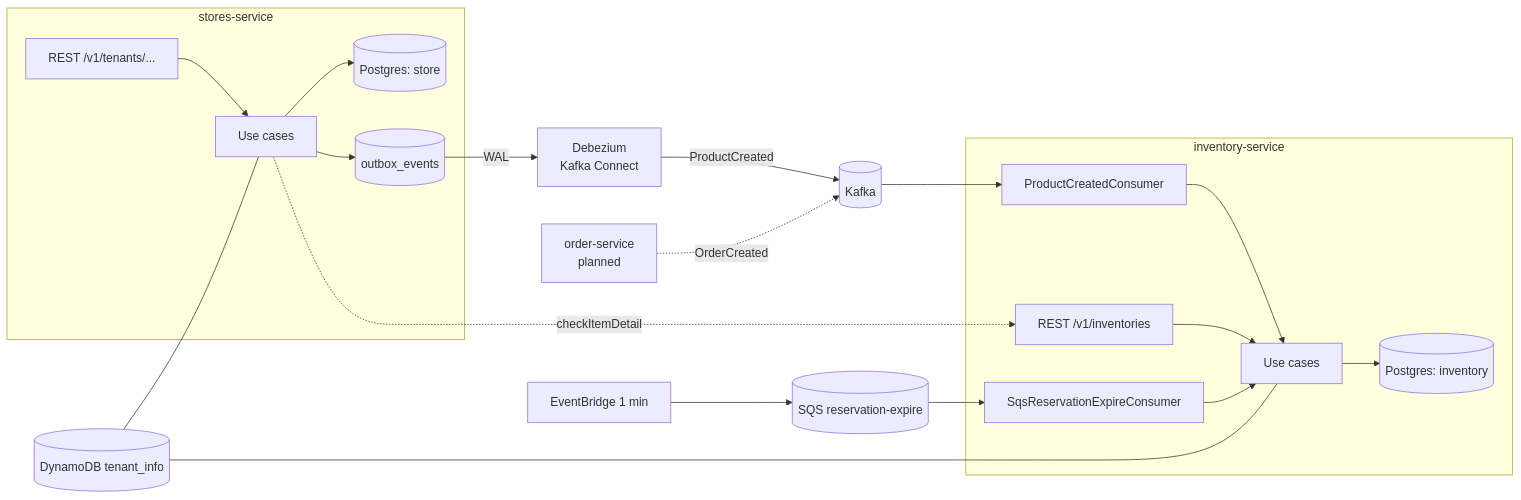
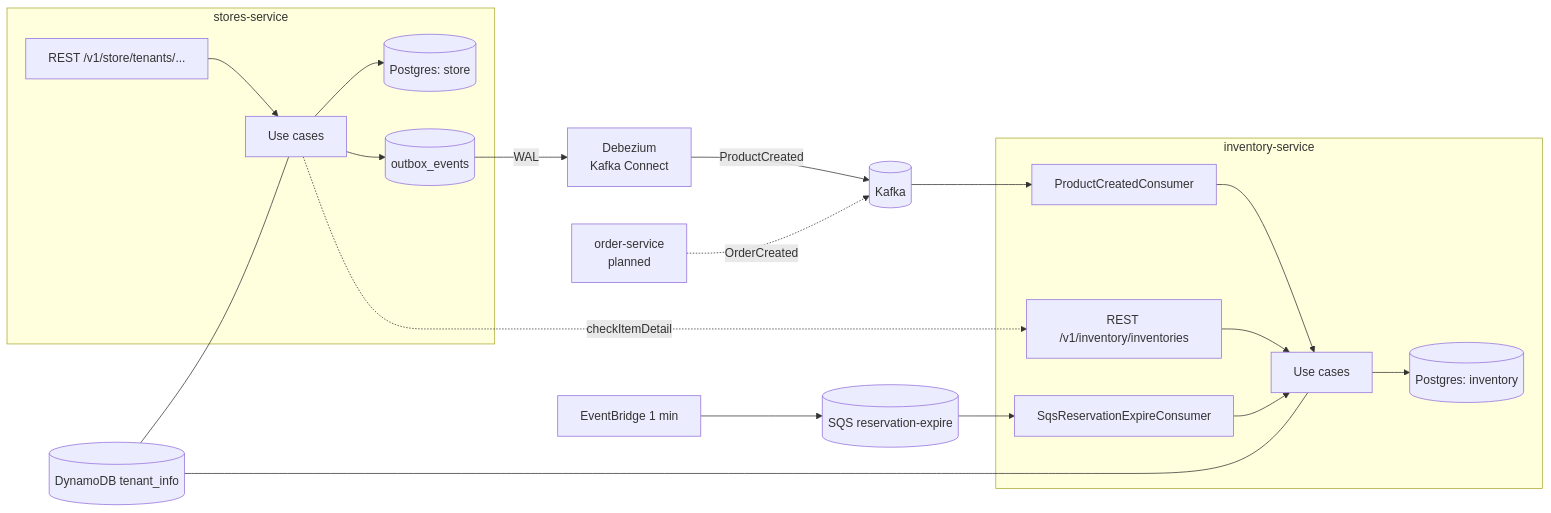
Before and after one commit to domt97/oms-workspace: the diagram in architecture/system-overview.md, drawn with Mermaid. The commit also changed other lines of this file and 2 other files, not shown here.

Commit message:
docs: update API paths to reflect Option B gateway-ready convention
- stores-service prefix: /v1 → /v1/store
- inventory-service prefix: /v1 → /v1/inventory
- create inventory moved to /internal/v1/inventory/inventories (internal only)
- stock-movement path pluralised to stock-movements

````diff
--- a/architecture/system-overview.md
+++ b/architecture/system-overview.md
@@ -3,22 +3,22 @@
 ```mermaid
 flowchart LR
     subgraph stores-service
-        SAPI[REST /v1/tenants/...] --> SUC[Use cases]
+        SAPI[REST /v1/store/tenants/...] --> SUC[Use cases]
         SUC --> SDB[(Postgres: store)]
         SUC --> OB[(outbox_events)]
     end
     OB -- WAL --> DBZ[Debezium<br/>Kafka Connect]
     DBZ -- ProductCreated --> K[(Kafka)]
     K --> PC[ProductCreatedConsumer]
     subgraph inventory-service
         PC --> IUC[Use cases]
-        IAPI[REST /v1/inventories] --> IUC
+        IAPI[REST /v1/inventory/inventories] --> IUC
         SQS[SqsReservationExpireConsumer] --> IUC
         IUC --> IDB[(Postgres: inventory)]
     end
     EB[EventBridge 1 min] --> Q[(SQS reservation-expire)] --> SQS
     ORD[order-service<br/>planned] -. OrderCreated .-> K
     SUC -. checkItemDetail .-> IAPI
     DDB[(DynamoDB tenant_info)] --- SUC
     DDB --- IUC
 ```
````
